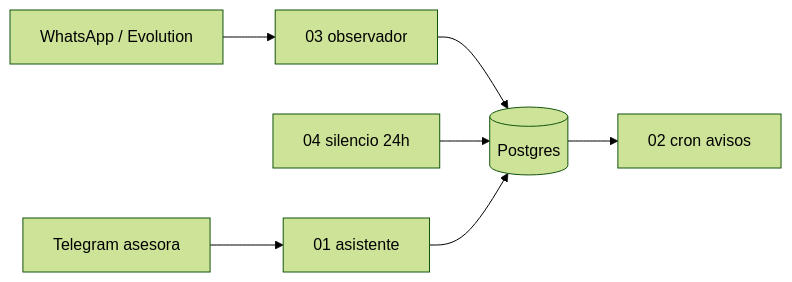
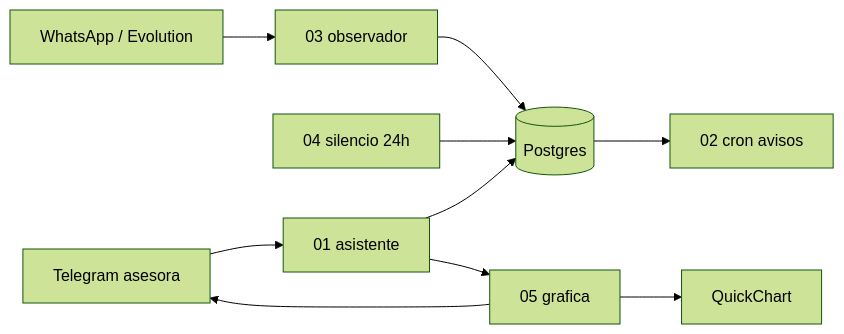
One commit to fyarza/n8n-sistema-seguimiento changed the diagram in docs/arquitectura.md. Above: the diagram before and after it, drawn with Mermaid (forest theme). The commit also changed other lines of this file and 3 other files, not shown here.

````diff
--- a/docs/arquitectura.md
+++ b/docs/arquitectura.md
@@ -25,9 +27,12 @@
 ```mermaid
 flowchart LR
   WA[WhatsApp / Evolution] --> WF3[03 observador]
   WF3 --> PG[(Postgres)]
   WF4[04 silencio 24h] --> PG
   TG[Telegram asesora] --> WF1[01 asistente]
   WF1 --> PG
+  WF1 --> WF5[05 grafica]
+  WF5 --> QC[QuickChart]
+  WF5 --> TG
   PG --> WF2[02 cron avisos]
 ```
````
